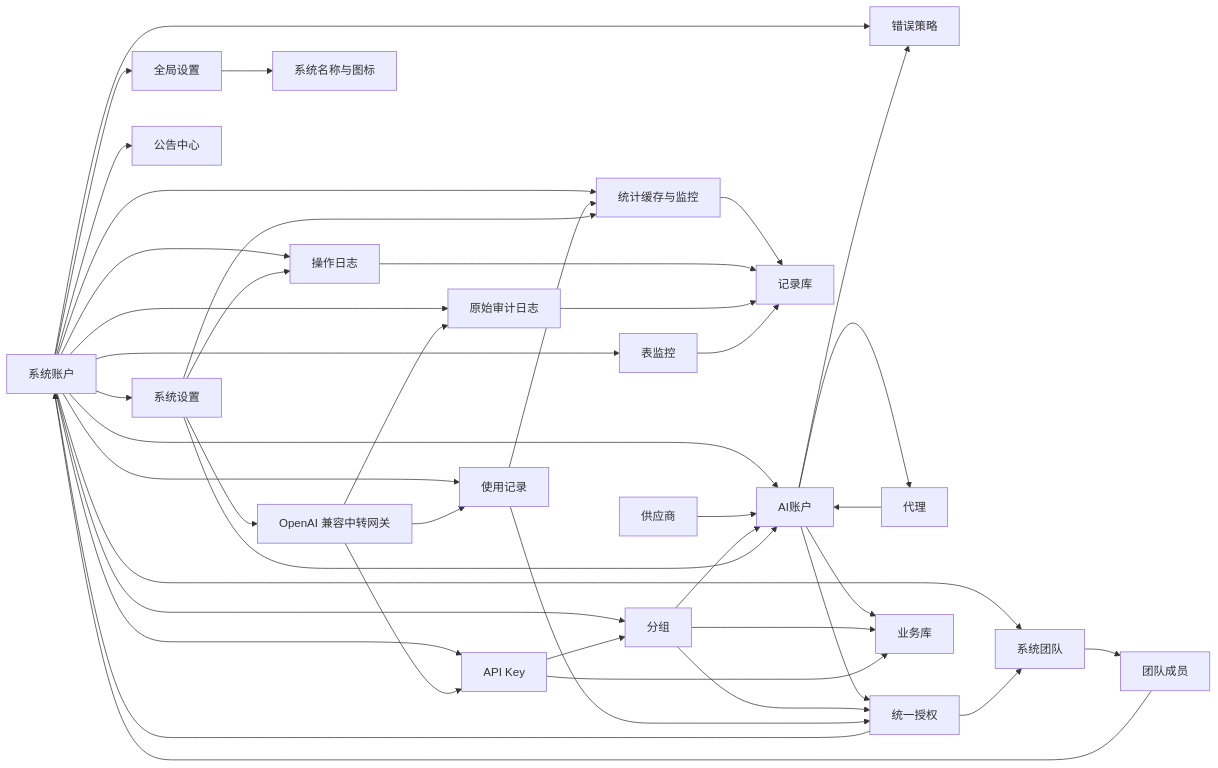
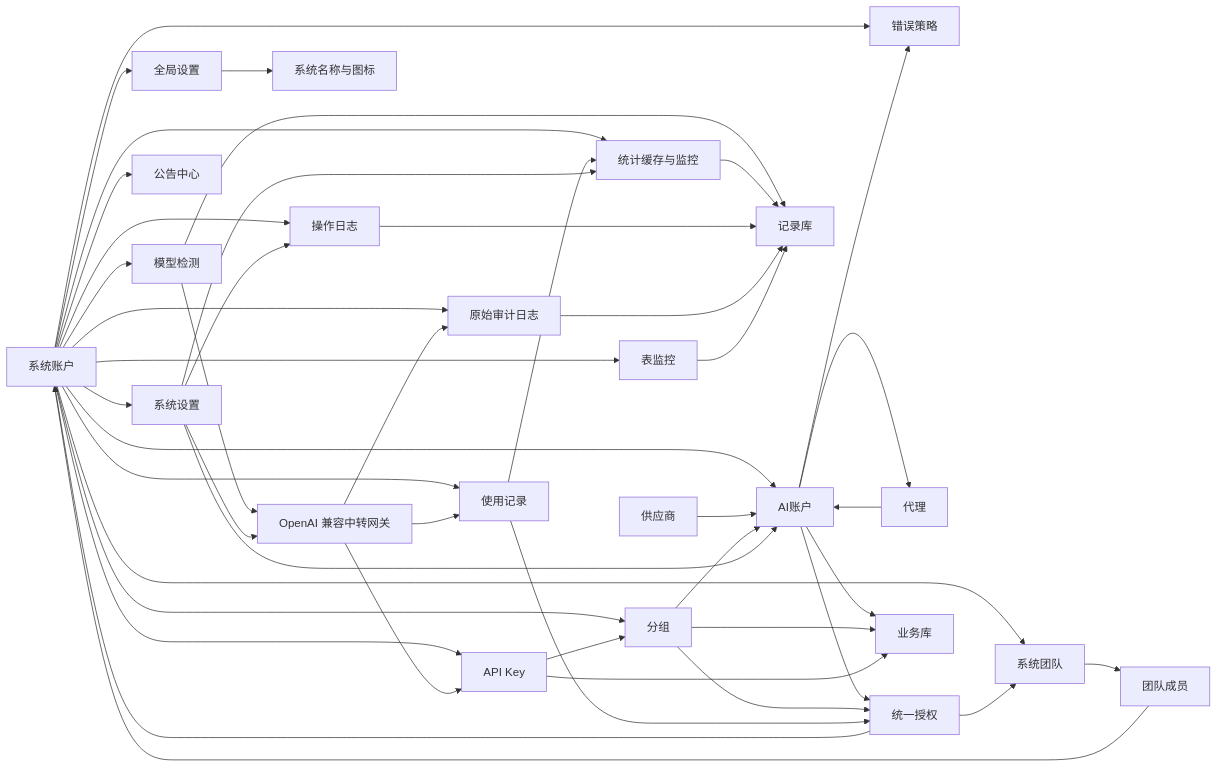
One commit to huanmin123/juhe-ai changed the diagram in docs/architecture/架构总览.md. Above: the diagram before and after it, drawn with Mermaid. The commit also changed other lines of this file and 150 other files, not shown here.

````diff
--- a/docs/architecture/架构总览.md
+++ b/docs/architecture/架构总览.md
@@ -62,45 +62,48 @@
 ```mermaid
 flowchart LR
   SystemAccount["系统账户"] --> GlobalSettings["全局设置"]
   SystemAccount --> SystemSettings["系统设置"]
   SystemAccount --> SystemTeam["系统团队"]
   SystemTeam --> TeamMember["团队成员"]
   TeamMember --> SystemAccount
   SystemAccount --> AIAccount["AI账户"]
   SystemAccount --> Group["分组"]
   SystemAccount --> APIKey["API Key"]
+  SystemAccount --> ModelCheck["模型检测"]
   SystemAccount --> Usage["使用记录"]
   SystemAccount --> OperationLog["操作日志"]
   SystemAccount --> AuditLog["原始审计日志"]
   SystemAccount --> Stats["统计缓存与监控"]
   SystemAccount --> TableMonitor["表监控"]
   SystemAccount --> ErrorPolicy["错误策略"]
   SystemAccount --> Announcement["公告中心"]
   GlobalSettings --> AppBrand["系统名称与图标"]
   Provider["供应商"] --> AIAccount
   Proxy["代理"] --> AIAccount
   AIAccount --> Proxy
   AIAccount --> ErrorPolicy
   AIAccount --> ResourceAuthorization["统一授权"]
   Group --> ResourceAuthorization
   ResourceAuthorization --> SystemAccount
   ResourceAuthorization --> SystemTeam
   Group --> AIAccount
   APIKey --> Group
+  ModelCheck --> Gateway
+  ModelCheck --> RecordStore
   Gateway["OpenAI 兼容中转网关"] --> APIKey
   Gateway --> Usage["使用记录"]
   Gateway --> AuditLog
   Usage --> ResourceAuthorization
   Usage --> Stats["统计缓存与监控"]
   Stats --> RecordStore["记录库"]
   OperationLog --> RecordStore
   AuditLog --> RecordStore
   TableMonitor --> RecordStore
   AIAccount --> BusinessStore["业务库"]
   Group --> BusinessStore
   APIKey --> BusinessStore
   SystemSettings --> Gateway
   SystemSettings --> OperationLog
   SystemSettings --> AIAccount
   SystemSettings --> Stats
 ```
````
